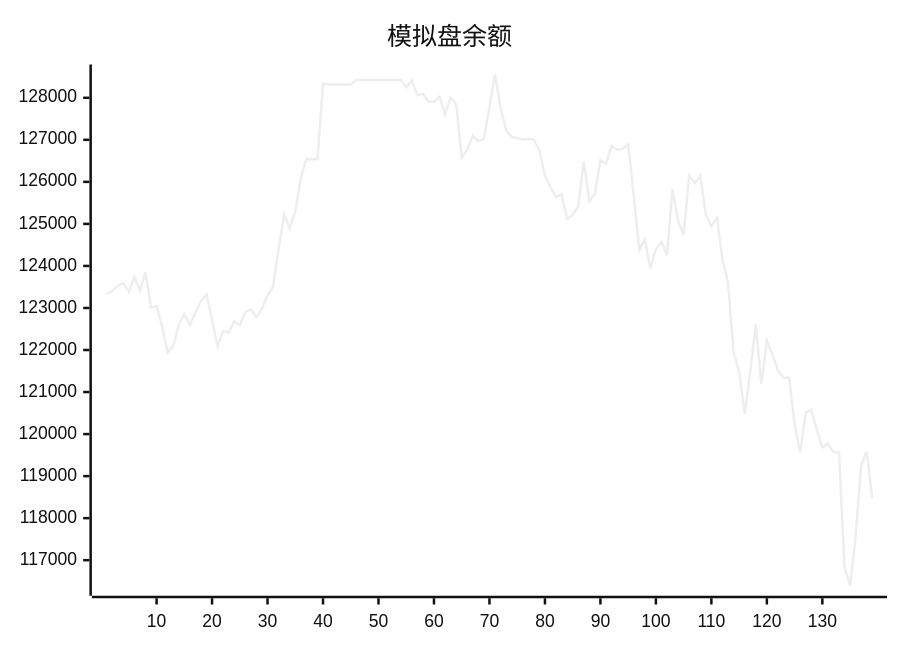
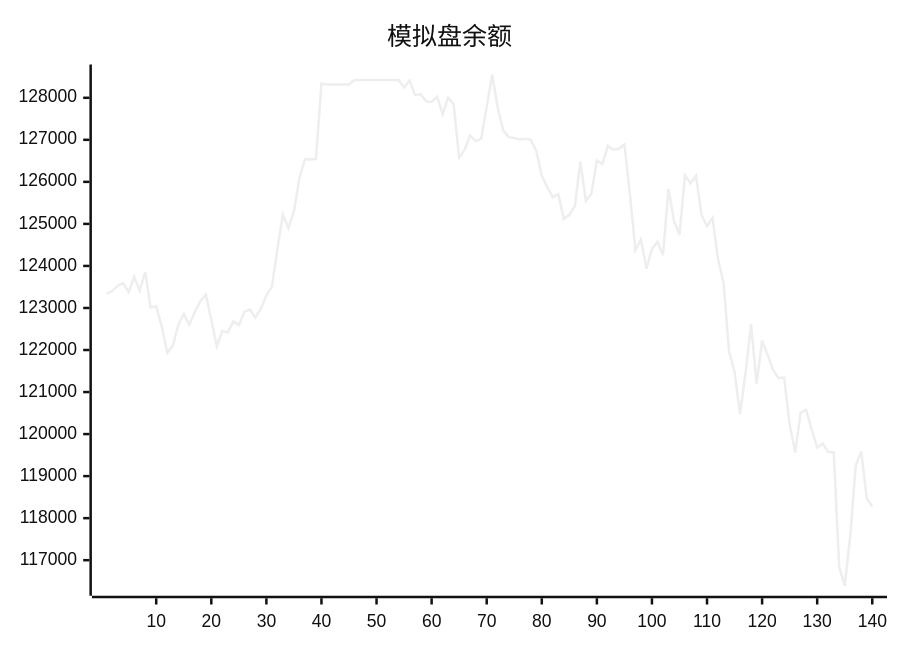
One commit to aahl/ai-trading changed the diagram in README.md. Above: the diagram before and after it, drawn with Mermaid (neutral theme). The commit also changed other lines of this file and 1 other file, not shown here.

````diff
--- a/README.md
+++ b/README.md
@@ -5,5 +5,5 @@
 ```mermaid
 xychart
     title "模拟盘余额"
-    line [123338,123402,123530,123592,123378,123745,123413,123853,123009,123040,122557,121938,122095,122599,122856,122597,122898,123160,123319,122719,122087,122454,122416,122685,122592,122907,122961,122776,122981,123295,123507,124403,125224,124894,125303,126088,126544,126534,126549,128335,128318,128318,128318,128318,128318,128424,128424,128424,128424,128424,128424,128424,128424,128424,128247,128412,128062,128087,127917,127901,128026,127611,128000,127850,126572,126770,127100,126971,127029,127783,128554,127765,127224,127064,127044,127009,127025,127004,126738,126152,125871,125635,125707,125117,125217,125420,126480,125545,125715,126511,126424,126856,126764,126788,126890,125710,124381,124632,123936,124402,124574,124256,125833,125070,124739,126154,125966,126145,125213,124943,125143,124157,123604,121959,121476,120476,121470,122610,121201,122221,121889,121522,121332,121344,120232,119559,120513,120577,120108,119680,119777,119572,119568,116839,116392,117573,119250,119585,118469]
+    line [123338,123402,123530,123592,123378,123745,123413,123853,123009,123040,122557,121938,122095,122599,122856,122597,122898,123160,123319,122719,122087,122454,122416,122685,122592,122907,122961,122776,122981,123295,123507,124403,125224,124894,125303,126088,126544,126534,126549,128335,128318,128318,128318,128318,128318,128424,128424,128424,128424,128424,128424,128424,128424,128424,128247,128412,128062,128087,127917,127901,128026,127611,128000,127850,126572,126770,127100,126971,127029,127783,128554,127765,127224,127064,127044,127009,127025,127004,126738,126152,125871,125635,125707,125117,125217,125420,126480,125545,125715,126511,126424,126856,126764,126788,126890,125710,124381,124632,123936,124402,124574,124256,125833,125070,124739,126154,125966,126145,125213,124943,125143,124157,123604,121959,121476,120476,121470,122610,121201,122221,121889,121522,121332,121344,120232,119559,120513,120577,120108,119680,119777,119572,119568,116839,116392,117573,119250,119585,118469,118277]
 ```
````
